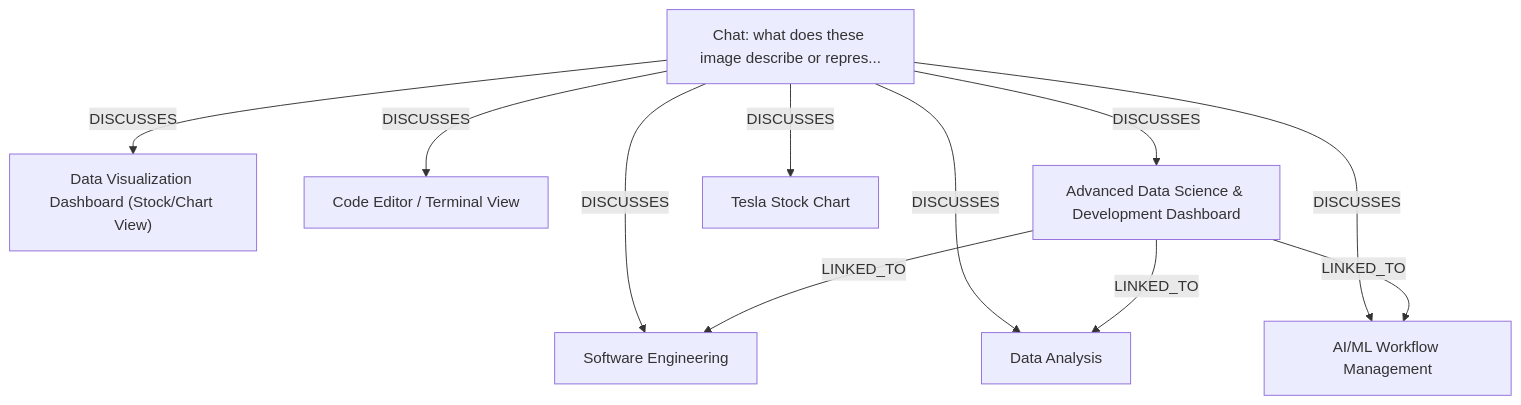
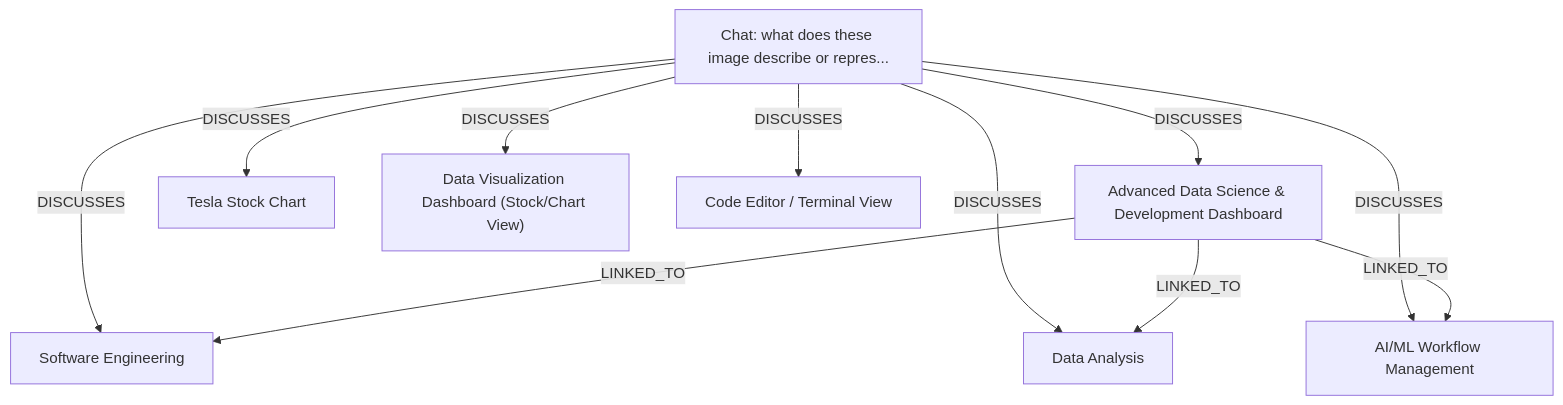
Before and after one commit to ankit-sengupta05/cyborg: the diagram in AI_OS/Ontology/Ontology_Data_Science_Workflow.md, drawn with Mermaid. The commit also changed other lines of this file and 19 other files, not shown here.

````diff
--- a/AI_OS/Ontology/Ontology_Data_Science_Workflow.md
+++ b/AI_OS/Ontology/Ontology_Data_Science_Workflow.md
@@ -26,21 +26,21 @@
 ```mermaid
 graph TD
-    n0["Data Visualization Dashboard (Stock/Chart View)"]
-    n1["Chat: what does these image describe or repres..."]
-    n2["Data Analysis"]
-    n3["Code Editor / Terminal View"]
-    n4["Advanced Data Science & Development Dashboard"]
-    n5["Tesla Stock Chart"]
-    n6["Software Engineering"]
-    n7["AI/ML Workflow Management"]
-    n1 -->|DISCUSSES| n4
-    n1 -->|DISCUSSES| n6
-    n1 -->|DISCUSSES| n2
-    n1 -->|DISCUSSES| n7
-    n1 -->|DISCUSSES| n3
-    n1 -->|DISCUSSES| n0
-    n1 -->|DISCUSSES| n5
-    n4 -->|LINKED_TO| n6
-    n4 -->|LINKED_TO| n2
-    n4 -->|LINKED_TO| n7
+    n0["Advanced Data Science & Development Dashboard"]
+    n1["Tesla Stock Chart"]
+    n2["Chat: what does these image describe or repres..."]
+    n3["Data Visualization Dashboard (Stock/Chart View)"]
+    n4["Code Editor / Terminal View"]
+    n5["Software Engineering"]
+    n6["AI/ML Workflow Management"]
+    n7["Data Analysis"]
+    n2 -->|DISCUSSES| n0
+    n2 -->|DISCUSSES| n5
+    n2 -->|DISCUSSES| n7
+    n2 -->|DISCUSSES| n6
+    n2 -->|DISCUSSES| n4
+    n2 -->|DISCUSSES| n3
+    n2 -->|DISCUSSES| n1
+    n0 -->|LINKED_TO| n5
+    n0 -->|LINKED_TO| n7
+    n0 -->|LINKED_TO| n6
 ```
````
